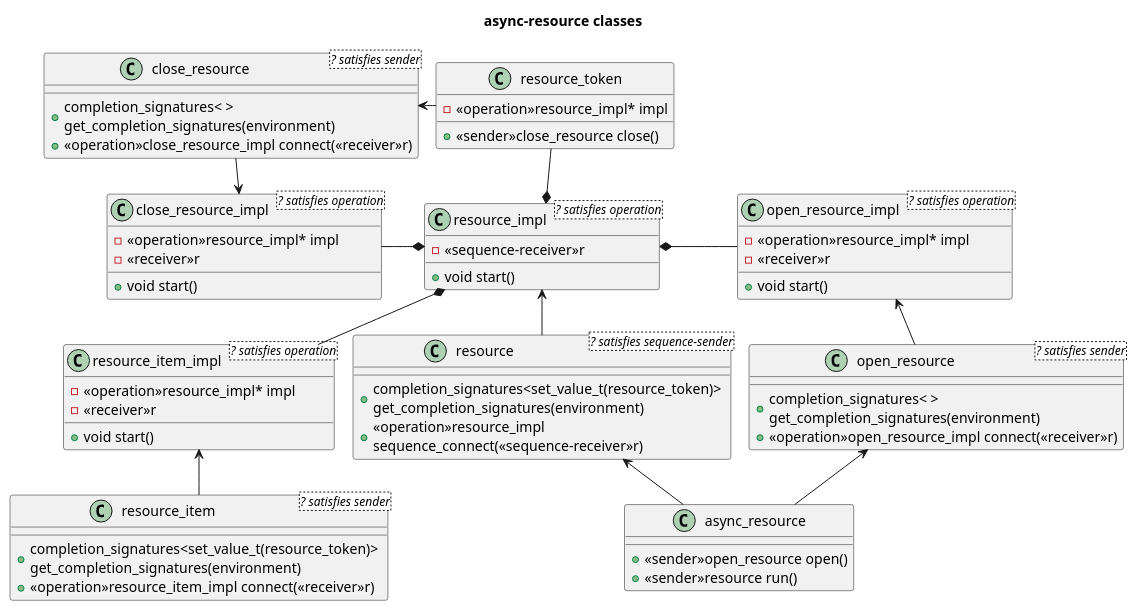
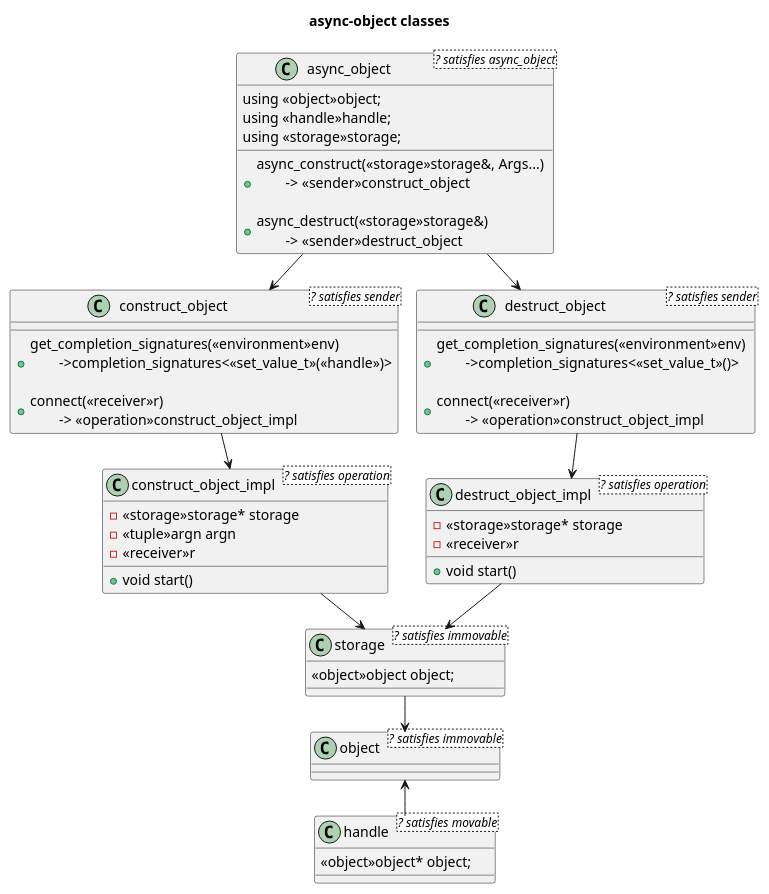
One commit to kirkshoop/async_scope changed the first of 4 diagrams in async-resource.md. Above: the diagram before and after it, drawn with PlantUML. The commit also changed other lines of this file, not shown here.

Commit message:
new design - async_construct()/async_destruct()

````diff
--- a/async-resource.md
+++ b/async-resource.md
@@ -256,69 +390,55 @@
 ```plantuml
 !pragma layout smetana
-title async-resource classes
+title async-object classes
 
-class close_resource_impl<? satisfies operation> {
+class construct_object_impl<? satisfies operation> {
   + void start()
-  - <<operation>>resource_impl* impl
+  - <<storage>>storage* storage
+  - <<tuple>>argn argn
   - <<receiver>>r
 }
 
-class close_resource<? satisfies sender> {
-  + completion_signatures< > \nget_completion_signatures(environment)
-  + <<operation>>close_resource_impl connect(<<receiver>>r)
+class construct_object<? satisfies sender> {
+  + get_completion_signatures(<<environment>>env) \n\t->completion_signatures<<<set_value_t>>(<<handle>>)>\n
+  + connect(<<receiver>>r) \n\t-> <<operation>>construct_object_impl
 }
-close_resource::connect -d-> close_resource_impl 
+construct_object::connect --> construct_object_impl 
 
-class resource_token {
-  + <<sender>>close_resource close()
-  - <<operation>>resource_impl* impl
-}
-resource_token::close -l-> close_resource
-
-class resource_item_impl<? satisfies operation> {
+class destruct_object_impl<? satisfies operation> {
   + void start()
-  - <<operation>>resource_impl* impl
+  - <<storage>>storage* storage
   - <<receiver>>r
 }
 
-class resource_item<? satisfies sender> {
-  + completion_signatures<set_value_t(resource_token)> \nget_completion_signatures(environment)
-  + <<operation>>resource_item_impl connect(<<receiver>>r)
+class destruct_object<? satisfies sender> {
+  + get_completion_signatures(<<environment>>env) \n\t->completion_signatures<<<set_value_t>>()>\n
+  + connect(<<receiver>>r) \n\t-> <<operation>>construct_object_impl
 }
-resource_item::connect -u-> resource_item_impl 
+destruct_object::connect --> destruct_object_impl 
 
-class open_resource_impl<? satisfies operation> {
-  + void start()
-  - <<operation>>resource_impl* impl
-  - <<receiver>>r
+class object<? satisfies immovable> {
 }
 
-class open_resource<? satisfies sender> {
-  + completion_signatures< > \nget_completion_signatures(environment)
-  + <<operation>>open_resource_impl connect(<<receiver>>r)
+class handle<? satisfies movable> {
+  <<object>>object* object;
 }
-open_resource::connect -u-> open_resource_impl 
+handle::object -u-> object
 
-class resource_impl<? satisfies operation> {
-  + void start()
-  - <<sequence-receiver>>r
+class storage<? satisfies immovable> {
+  <<object>>object object;
 }
-resource_token::impl -d-* resource_impl
-resource_item_impl::impl -u-* resource_impl
-open_resource_impl::impl -l-* resource_impl
-close_resource_impl::impl -r-* resource_impl
+storage::object --> object
 
-class resource<? satisfies sequence-sender> {
-  + completion_signatures<set_value_t(resource_token)> \nget_completion_signatures(environment)
-  + <<operation>>resource_impl \nsequence_connect(<<sequence-receiver>>r)
+class async_object<? satisfies async_object> {
+  using <<object>>object;
+  using <<handle>>handle;
+  using <<storage>>storage;
+  + async_construct(<<storage>>storage&, Args...) \n\t-> <<sender>>construct_object\n
+  + async_destruct(<<storage>>storage&) \n\t-> <<sender>>destruct_object 
 }
-resource::sequence_connect -u-> resource_impl 
+async_object::async_construct -d-> construct_object
+async_object::async_destruct -d-> destruct_object 
 
-class async_resource {
-  + <<sender>>open_resource open()
-  + <<sender>>resource run()
-}
-async_resource::run -u-> resource 
-async_resource::open -u-> open_resource
-
+construct_object_impl::storage --> storage
+destruct_object_impl::storage --> storage
 ```
````
